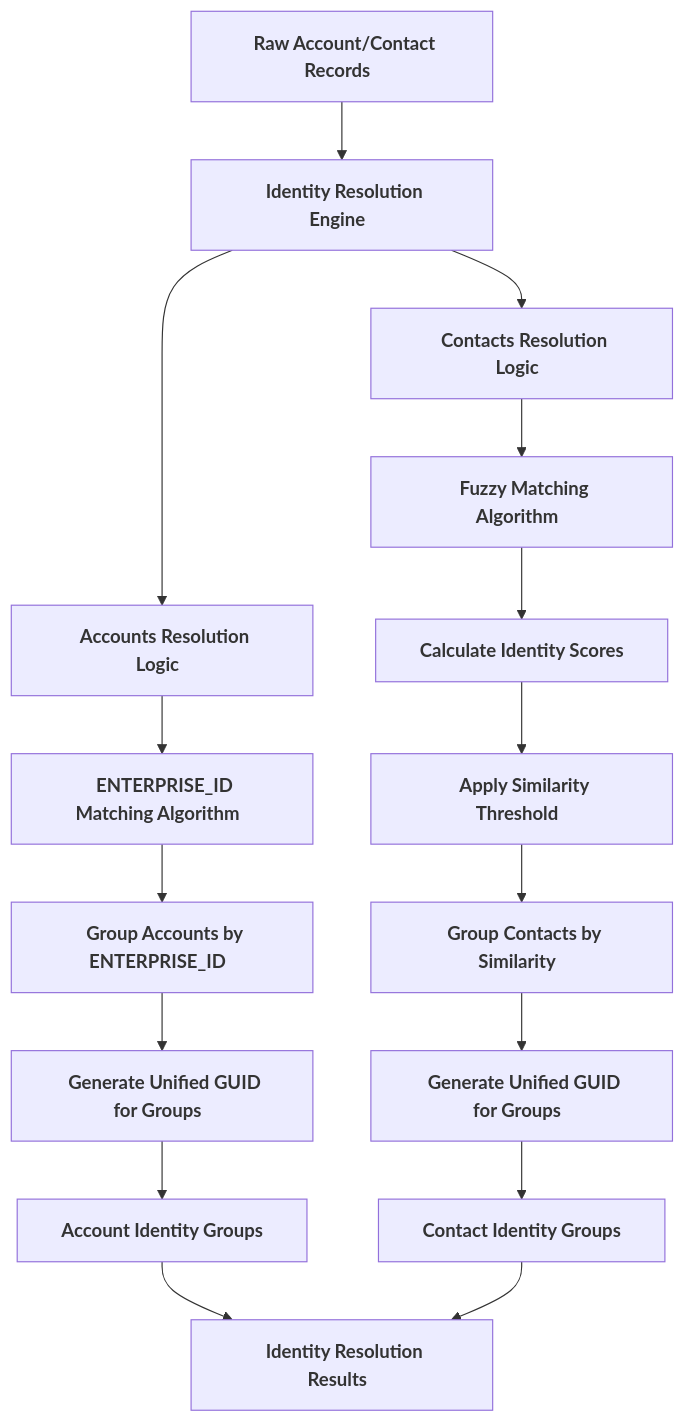
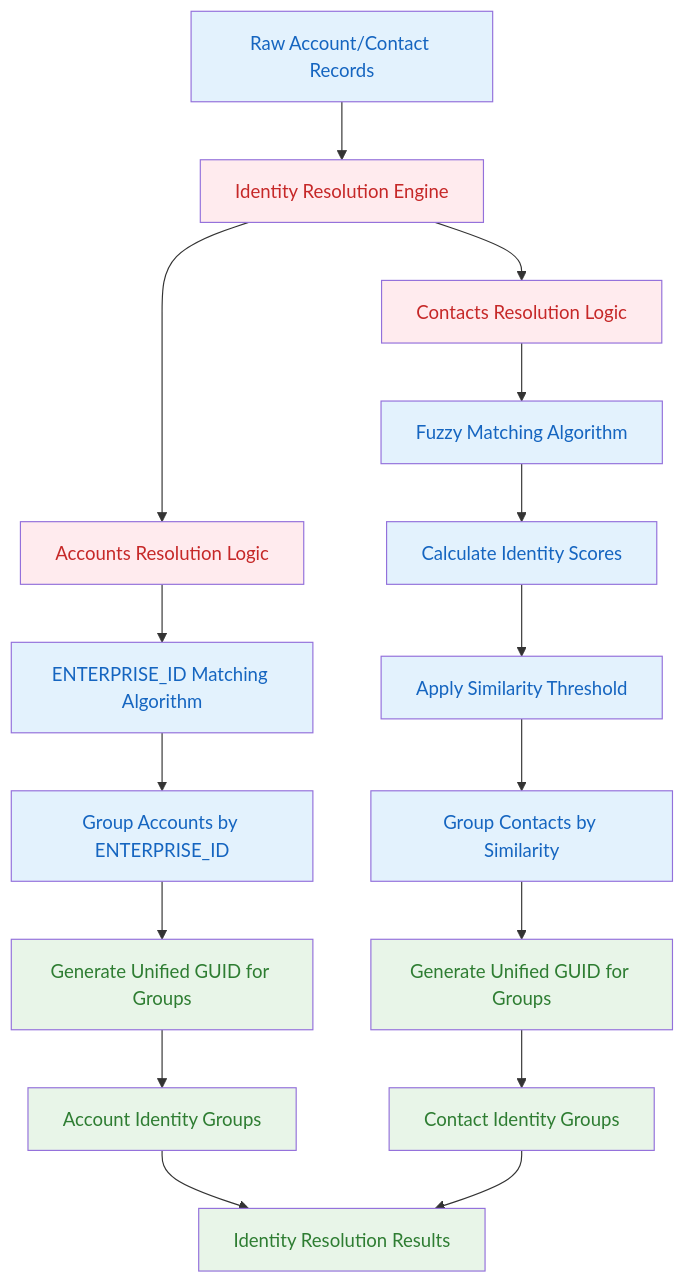
The first of 3 diagrams in IDENTITY_RESOLUTION_IMPLEMENTATION.md (arupsarkar-sfdc/retail-execution), drawn with Mermaid before and after one commit. The commit also changed 3 other files, not shown here.

````diff
--- a/IDENTITY_RESOLUTION_IMPLEMENTATION.md
+++ b/IDENTITY_RESOLUTION_IMPLEMENTATION.md
@@ -133,23 +133,39 @@
 ```mermaid
 graph TD
-    A["<span style='background-color: #e3f2fd; border: 2px solid #2196f3; padding: 4px 8px; border-radius: 4px; color: #1565c0; font-weight: bold;'>Raw Account/Contact Records</span>"] --> B["<span style='background-color: #ffebee; border: 2px solid #f44336; padding: 4px 8px; border-radius: 4px; color: #c62828; font-weight: bold;'>Identity Resolution Engine</span>"]
+    A["Raw Account/Contact Records"] --> B["Identity Resolution Engine"]
     
-    B --> C["<span style='background-color: #ffebee; border: 2px solid #f44336; padding: 4px 8px; border-radius: 4px; color: #c62828; font-weight: bold;'>Accounts Resolution Logic</span>"]
-    B --> D["<span style='background-color: #ffebee; border: 2px solid #f44336; padding: 4px 8px; border-radius: 4px; color: #c62828; font-weight: bold;'>Contacts Resolution Logic</span>"]
+    B --> C["Accounts Resolution Logic"]
+    B --> D["Contacts Resolution Logic"]
     
-    C --> E["<span style='background-color: #e3f2fd; border: 2px solid #2196f3; padding: 4px 8px; border-radius: 4px; color: #1565c0; font-weight: bold;'>ENTERPRISE_ID Matching Algorithm</span>"]
-    E --> F["<span style='background-color: #e3f2fd; border: 2px solid #2196f3; padding: 4px 8px; border-radius: 4px; color: #1565c0; font-weight: bold;'>Group Accounts by ENTERPRISE_ID</span>"]
-    F --> G["<span style='background-color: #e8f5e8; border: 2px solid #4caf50; padding: 4px 8px; border-radius: 4px; color: #2e7d32; font-weight: bold;'>Generate Unified GUID for Groups</span>"]
+    C --> E["ENTERPRISE_ID Matching Algorithm"]
+    E --> F["Group Accounts by ENTERPRISE_ID"]
+    F --> G["Generate Unified GUID for Groups"]
     
-    D --> H["<span style='background-color: #e3f2fd; border: 2px solid #2196f3; padding: 4px 8px; border-radius: 4px; color: #1565c0; font-weight: bold;'>Fuzzy Matching Algorithm</span>"]
-    H --> I["<span style='background-color: #e3f2fd; border: 2px solid #2196f3; padding: 4px 8px; border-radius: 4px; color: #1565c0; font-weight: bold;'>Calculate Identity Scores</span>"]
-    I --> J["<span style='background-color: #e3f2fd; border: 2px solid #2196f3; padding: 4px 8px; border-radius: 4px; color: #1565c0; font-weight: bold;'>Apply Similarity Threshold</span>"]
-    J --> K["<span style='background-color: #e3f2fd; border: 2px solid #2196f3; padding: 4px 8px; border-radius: 4px; color: #1565c0; font-weight: bold;'>Group Contacts by Similarity</span>"]
-    K --> L["<span style='background-color: #e8f5e8; border: 2px solid #4caf50; padding: 4px 8px; border-radius: 4px; color: #2e7d32; font-weight: bold;'>Generate Unified GUID for Groups</span>"]
+    D --> H["Fuzzy Matching Algorithm"]
+    H --> I["Calculate Identity Scores"]
+    I --> J["Apply Similarity Threshold"]
+    J --> K["Group Contacts by Similarity"]
+    K --> L["Generate Unified GUID for Groups"]
     
-    G --> M["<span style='background-color: #e8f5e8; border: 2px solid #4caf50; padding: 4px 8px; border-radius: 4px; color: #2e7d32; font-weight: bold;'>Account Identity Groups</span>"]
-    L --> N["<span style='background-color: #e8f5e8; border: 2px solid #4caf50; padding: 4px 8px; border-radius: 4px; color: #2e7d32; font-weight: bold;'>Contact Identity Groups</span>"]
+    G --> M["Account Identity Groups"]
+    L --> N["Contact Identity Groups"]
     
-    M --> O["<span style='background-color: #e8f5e8; border: 2px solid #4caf50; padding: 4px 8px; border-radius: 4px; color: #2e7d32; font-weight: bold;'>Identity Resolution Results</span>"]
+    M --> O["Identity Resolution Results"]
     N --> O
+
+    style A fill:#e3f2fd,color:#1565c0
+    style B fill:#ffebee,color:#c62828
+    style C fill:#ffebee,color:#c62828
+    style D fill:#ffebee,color:#c62828
+    style E fill:#e3f2fd,color:#1565c0
+    style F fill:#e3f2fd,color:#1565c0
+    style G fill:#e8f5e8,color:#2e7d32
+    style H fill:#e3f2fd,color:#1565c0
+    style I fill:#e3f2fd,color:#1565c0
+    style J fill:#e3f2fd,color:#1565c0
+    style K fill:#e3f2fd,color:#1565c0
+    style L fill:#e8f5e8,color:#2e7d32
+    style M fill:#e8f5e8,color:#2e7d32
+    style N fill:#e8f5e8,color:#2e7d32
+    style O fill:#e8f5e8,color:#2e7d32
 ```
````
